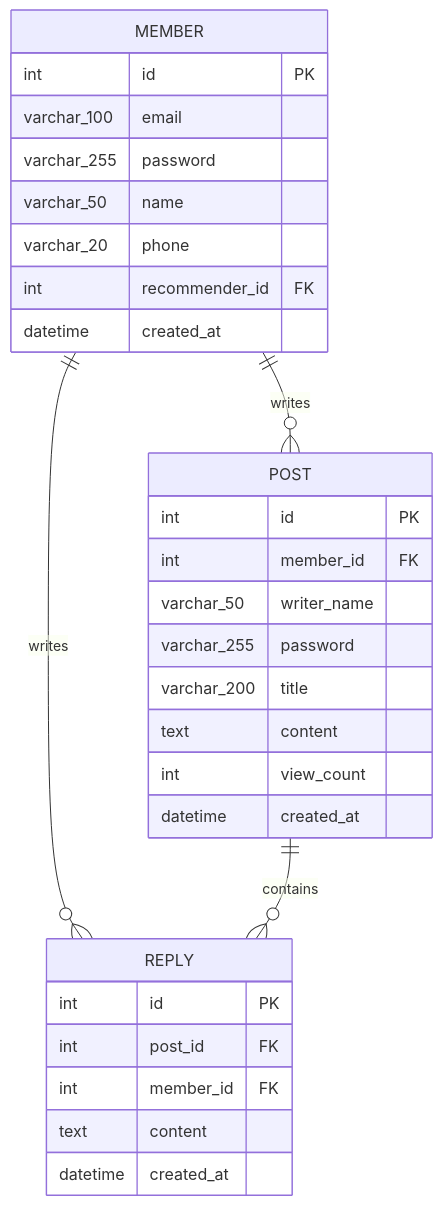
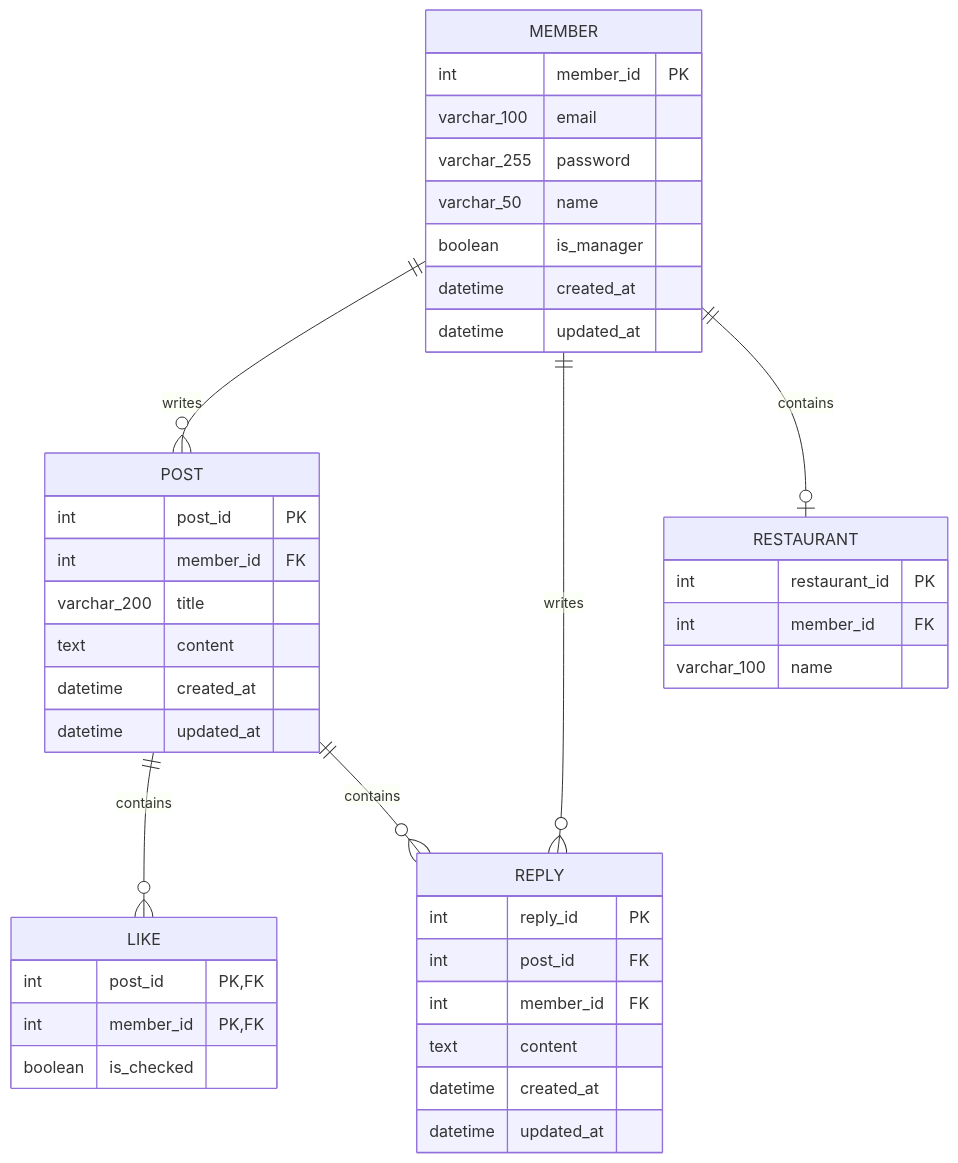
Before and after one commit to Vioeon/byte_and_bite: the diagram in docs/02_design/02_erd.md, drawn with Mermaid. The commit also changed other lines of this file, not shown here.

Commit message:
first ERD update

````diff
--- a/docs/02_design/02_erd.md
+++ b/docs/02_design/02_erd.md
@@ -13,35 +13,48 @@
 ```mermaid
 erDiagram
     MEMBER ||--o{ POST : writes
     MEMBER ||--o{ REPLY : writes
+    MEMBER ||--o| RESTAURANT : contains
+    POST ||--o{ LIKE : contains
     POST ||--o{ REPLY : contains
 
     MEMBER {
-        int id PK
+        int member_id PK
         varchar_100 email
         varchar_255 password
         varchar_50 name
-        varchar_20 phone
-        int recommender_id FK
+        boolean is_manager
         datetime created_at
+        datetime updated_at
+    }
+    
+    RESTAURANT {
+        int restaurant_id PK
+        int member_id FK
+        varchar_100 name
     }
 
     POST {
-        int id PK
+        int post_id PK
         int member_id FK
-        varchar_50 writer_name
-        varchar_255 password
         varchar_200 title
         text content
-        int view_count
         datetime created_at
+        datetime updated_at
+    }
+    
+    LIKE {
+        int post_id PK, FK
+        int member_id PK, FK
+        boolean is_checked
     }
 
     REPLY {
-        int id PK
+        int reply_id PK
         int post_id FK
         int member_id FK
         text content
         datetime created_at
+        datetime updated_at
     }
 ```
````
